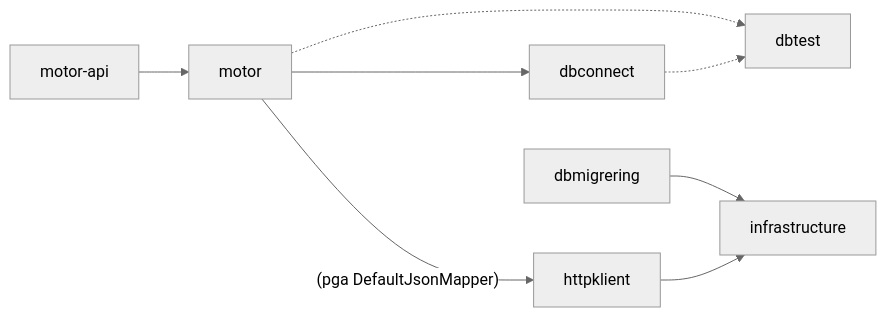
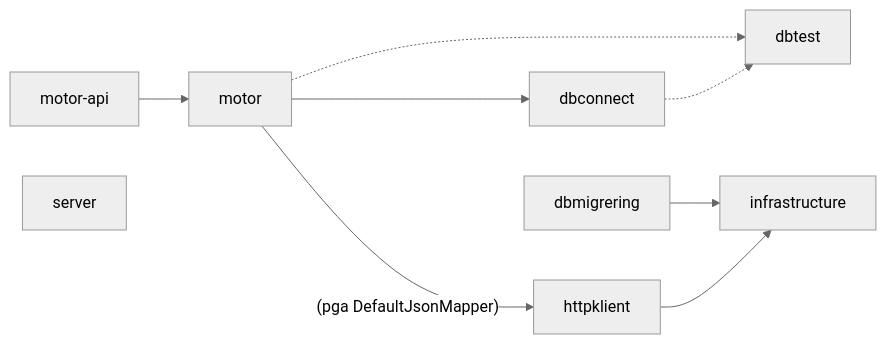
The first of 4 diagrams in docs/teknisk/felles_komponenter.md (navikt/aap-intern-sysdok), drawn with Mermaid (neutral theme) before and after one commit. The commit also changed other lines of this file, not shown here.

Commit message:
Legg til server i sysdok felleskomponenter

````diff
--- a/docs/teknisk/felles_komponenter.md
+++ b/docs/teknisk/felles_komponenter.md
@@ -10,10 +10,11 @@
 ```mermaid
 flowchart LR
     motor --> dbconnect
     motor -.-> dbtest
     motor-api --> motor
     motor -- (pga DefaultJsonMapper) --> httpklient
     dbconnect -.-> dbtest
     dbmigrering --> infrastructure
     httpklient --> infrastructure
+    server
 ```
````
